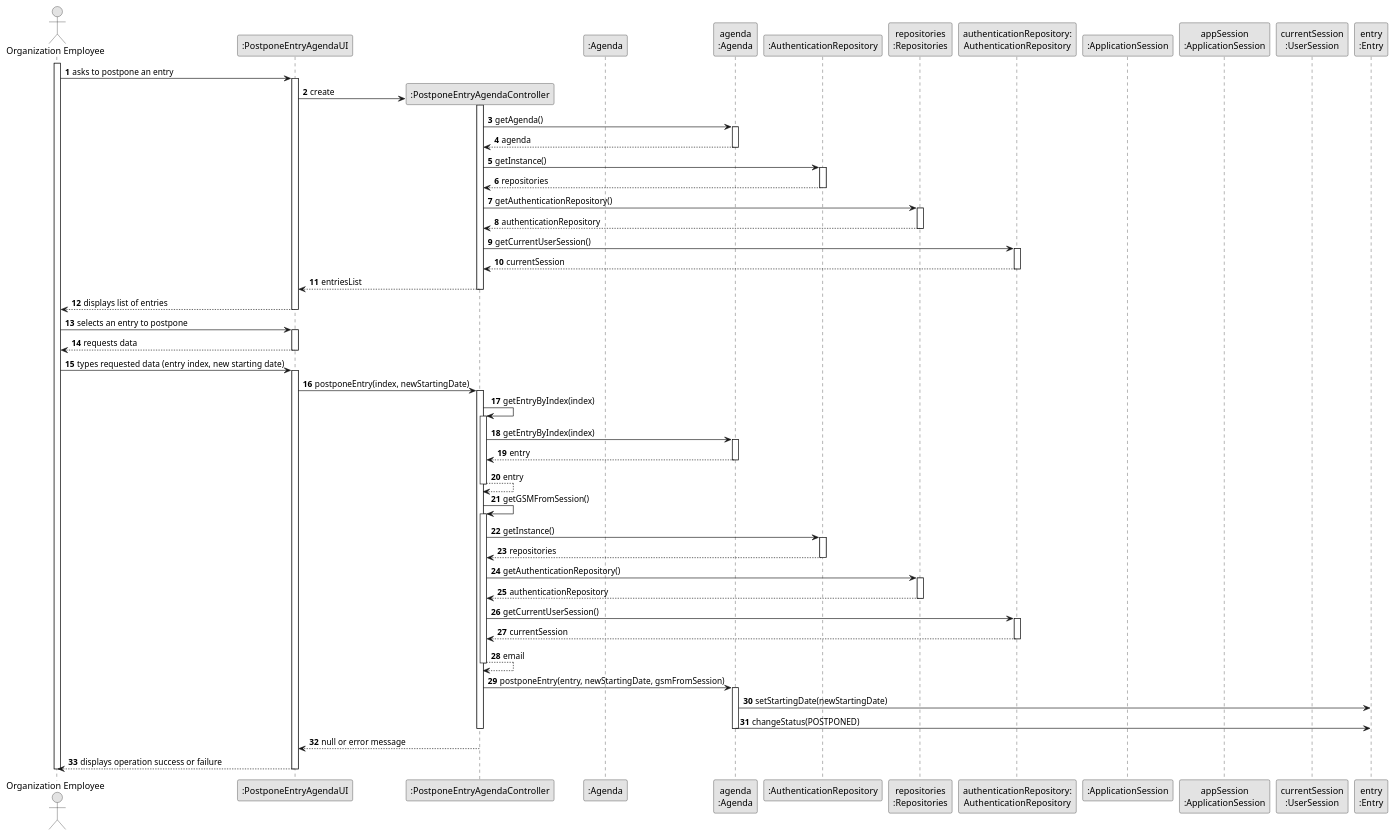
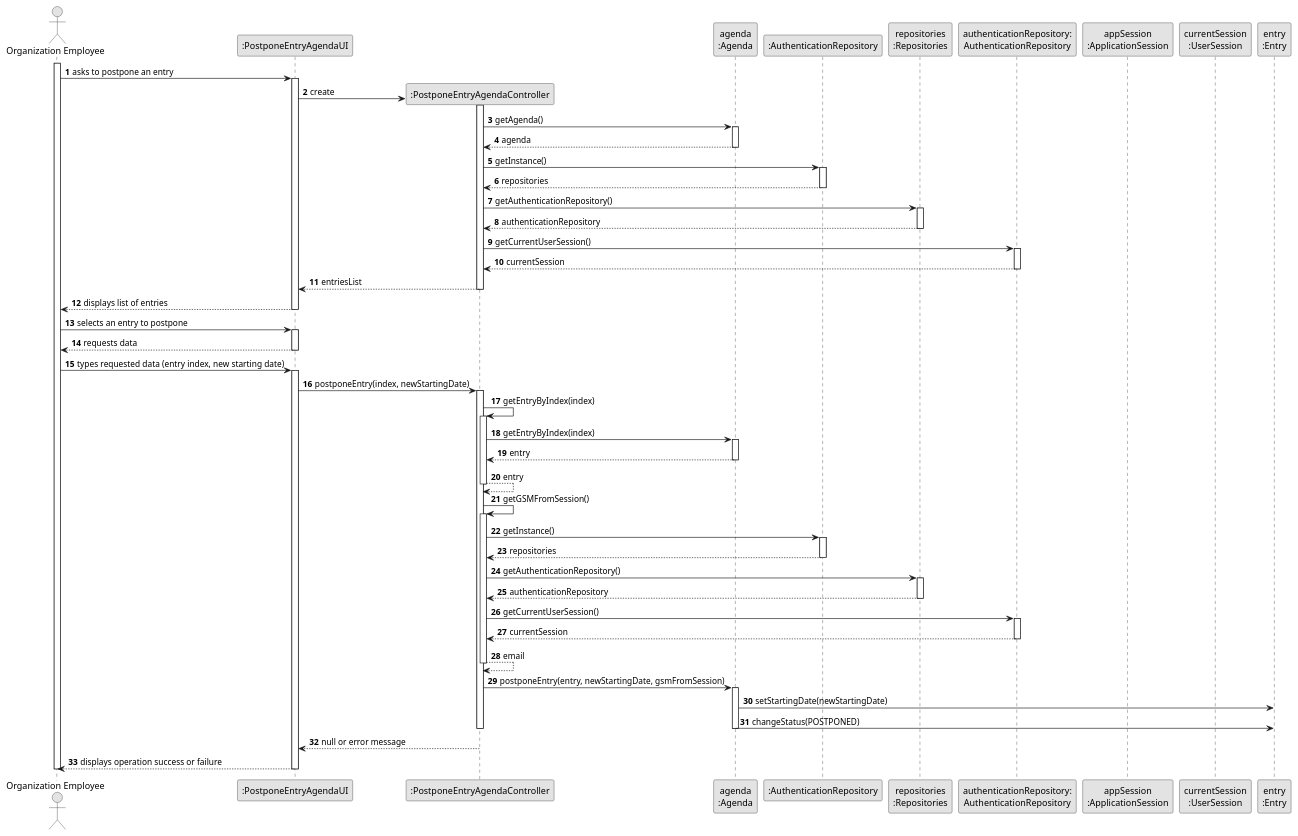
Before and after one commit to daniel41silva05/ISEP_2023_2024_LAPR2: the diagram in docs/sprintA&B&C/us024/03.design/puml/us024-sequence-diagram-full.puml, drawn with PlantUML. The commit also changed 1 other file, not shown here.

Commit message:
US24 Sequence Diagram Correction

```diff
--- a/docs/sprintA&B&C/us024/03.design/puml/us024-sequence-diagram-full.puml
+++ b/docs/sprintA&B&C/us024/03.design/puml/us024-sequence-diagram-full.puml
@@ -1,127 +1,125 @@
-@startuml
-skinparam monochrome true
-skinparam packageStyle rectangle
-skinparam shadowing false
+    @startuml
+    skinparam monochrome true
+    skinparam packageStyle rectangle
+    skinparam shadowing false
 
-autonumber
+    autonumber
 
-'hide footbox
-actor "Organization Employee" as ADM
-participant ":PostponeEntryAgendaUI" as UI
-participant ":PostponeEntryAgendaController" as CTRL
-participant ":Agenda" as AgendaSingleton
-participant "agenda\n:Agenda" as AGENDA
-participant ":AuthenticationRepository" as RepositorySingleton
-participant "repositories\n:Repositories" as PLAT
-participant "authenticationRepository:\nAuthenticationRepository" as AuthenticationRepository
-participant ":ApplicationSession" as _APP
-participant "appSession\n:ApplicationSession" as APP
-participant "currentSession\n:UserSession" as SESSAO
-participant "entry\n:Entry" as ENTRADA
+    'hide footbox
+    actor "Organization Employee" as ADM
+    participant ":PostponeEntryAgendaUI" as UI
+    participant ":PostponeEntryAgendaController" as CTRL
+    participant "agenda\n:Agenda" as AGENDA
+    participant ":AuthenticationRepository" as RepositorySingleton
+    participant "repositories\n:Repositories" as PLAT
+    participant "authenticationRepository:\nAuthenticationRepository" as AuthenticationRepository
+    participant "appSession\n:ApplicationSession" as APP
+    participant "currentSession\n:UserSession" as SESSAO
+    participant "entry\n:Entry" as ENTRADA
 
-activate ADM
+    activate ADM
 
-    ADM -> UI : asks to postpone an entry
+        ADM -> UI : asks to postpone an entry
 
-    activate UI
+        activate UI
 
-        UI -> CTRL** : create
-        activate CTRL
-
-            CTRL -> AGENDA : getAgenda()
-            activate AGENDA
-
-                AGENDA --> CTRL: agenda
-            deactivate AGENDA
-
-            CTRL -> RepositorySingleton : getInstance()
-            activate RepositorySingleton
-
-                RepositorySingleton --> CTRL: repositories
-            deactivate RepositorySingleton
-
-            CTRL -> PLAT : getAuthenticationRepository()
-            activate PLAT
-
-                PLAT --> CTRL: authenticationRepository
-            deactivate PLAT
-
-            CTRL -> AuthenticationRepository : getCurrentUserSession()
-            activate AuthenticationRepository
-
-                AuthenticationRepository --> CTRL: currentSession
-            deactivate AuthenticationRepository
-
-            CTRL --> UI : entriesList
-        deactivate CTRL
-
-        UI --> ADM : displays list of entries
-
-    deactivate UI
-
-    ADM -> UI : selects an entry to postpone
-    activate UI
-
-        UI --> ADM : requests data
-    deactivate UI
-
-    ADM -> UI : types requested data (entry index, new starting date)
-    activate UI
-
-        UI -> CTRL : postponeEntry(index, newStartingDate)
-        activate CTRL
-
-            CTRL -> CTRL : getEntryByIndex(index)
+            UI -> CTRL** : create
             activate CTRL
 
-                CTRL -> AGENDA : getEntryByIndex(index)
+                CTRL -> AGENDA : getAgenda()
                 activate AGENDA
 
-                    AGENDA --> CTRL: entry
+                    AGENDA --> CTRL: agenda
                 deactivate AGENDA
-
-                CTRL --> CTRL : entry
-            deactivate CTRL
-
-            CTRL -> CTRL : getGSMFromSession()
-            activate CTRL
 
                 CTRL -> RepositorySingleton : getInstance()
                 activate RepositorySingleton
 
                     RepositorySingleton --> CTRL: repositories
                 deactivate RepositorySingleton
 
                 CTRL -> PLAT : getAuthenticationRepository()
                 activate PLAT
 
                     PLAT --> CTRL: authenticationRepository
                 deactivate PLAT
 
                 CTRL -> AuthenticationRepository : getCurrentUserSession()
                 activate AuthenticationRepository
 
                     AuthenticationRepository --> CTRL: currentSession
                 deactivate AuthenticationRepository
 
-                CTRL --> CTRL : email
+                CTRL --> UI : entriesList
             deactivate CTRL
 
-            CTRL -> AGENDA : postponeEntry(entry, newStartingDate, gsmFromSession)
-            activate AGENDA
+            UI --> ADM : displays list of entries
 
-                AGENDA -> ENTRADA : setStartingDate(newStartingDate)
-                AGENDA -> ENTRADA : changeStatus(POSTPONED)
-            deactivate AGENDA
+        deactivate UI
 
-        deactivate CTRL
+        ADM -> UI : selects an entry to postpone
+        activate UI
 
-        CTRL --> UI : null or error message
-        deactivate CTRL
+            UI --> ADM : requests data
+        deactivate UI
 
-        UI --> ADM : displays operation success or failure
-    deactivate UI
+        ADM -> UI : types requested data (entry index, new starting date)
+        activate UI
 
-deactivate ADM
+            UI -> CTRL : postponeEntry(index, newStartingDate)
+            activate CTRL
 
-@enduml
+                CTRL -> CTRL : getEntryByIndex(index)
+                activate CTRL
+
+                    CTRL -> AGENDA : getEntryByIndex(index)
+                    activate AGENDA
+
+                        AGENDA --> CTRL: entry
+                    deactivate AGENDA
+
+                    CTRL --> CTRL : entry
+                deactivate CTRL
+
+                CTRL -> CTRL : getGSMFromSession()
+                activate CTRL
+
+                    CTRL -> RepositorySingleton : getInstance()
+                    activate RepositorySingleton
+
+                        RepositorySingleton --> CTRL: repositories
+                    deactivate RepositorySingleton
+
+                    CTRL -> PLAT : getAuthenticationRepository()
+                    activate PLAT
+
+                        PLAT --> CTRL: authenticationRepository
+                    deactivate PLAT
+
+                    CTRL -> AuthenticationRepository : getCurrentUserSession()
+                    activate AuthenticationRepository
+
+                        AuthenticationRepository --> CTRL: currentSession
+                    deactivate AuthenticationRepository
+
+                    CTRL --> CTRL : email
+                deactivate CTRL
+
+                CTRL -> AGENDA : postponeEntry(entry, newStartingDate, gsmFromSession)
+                activate AGENDA
+
+                    AGENDA -> ENTRADA : setStartingDate(newStartingDate)
+                    AGENDA -> ENTRADA : changeStatus(POSTPONED)
+                deactivate AGENDA
+
+            deactivate CTRL
+
+            CTRL --> UI : null or error message
+            deactivate CTRL
+
+            UI --> ADM : displays operation success or failure
+        deactivate UI
+
+    deactivate ADM
+
+    @enduml
```
